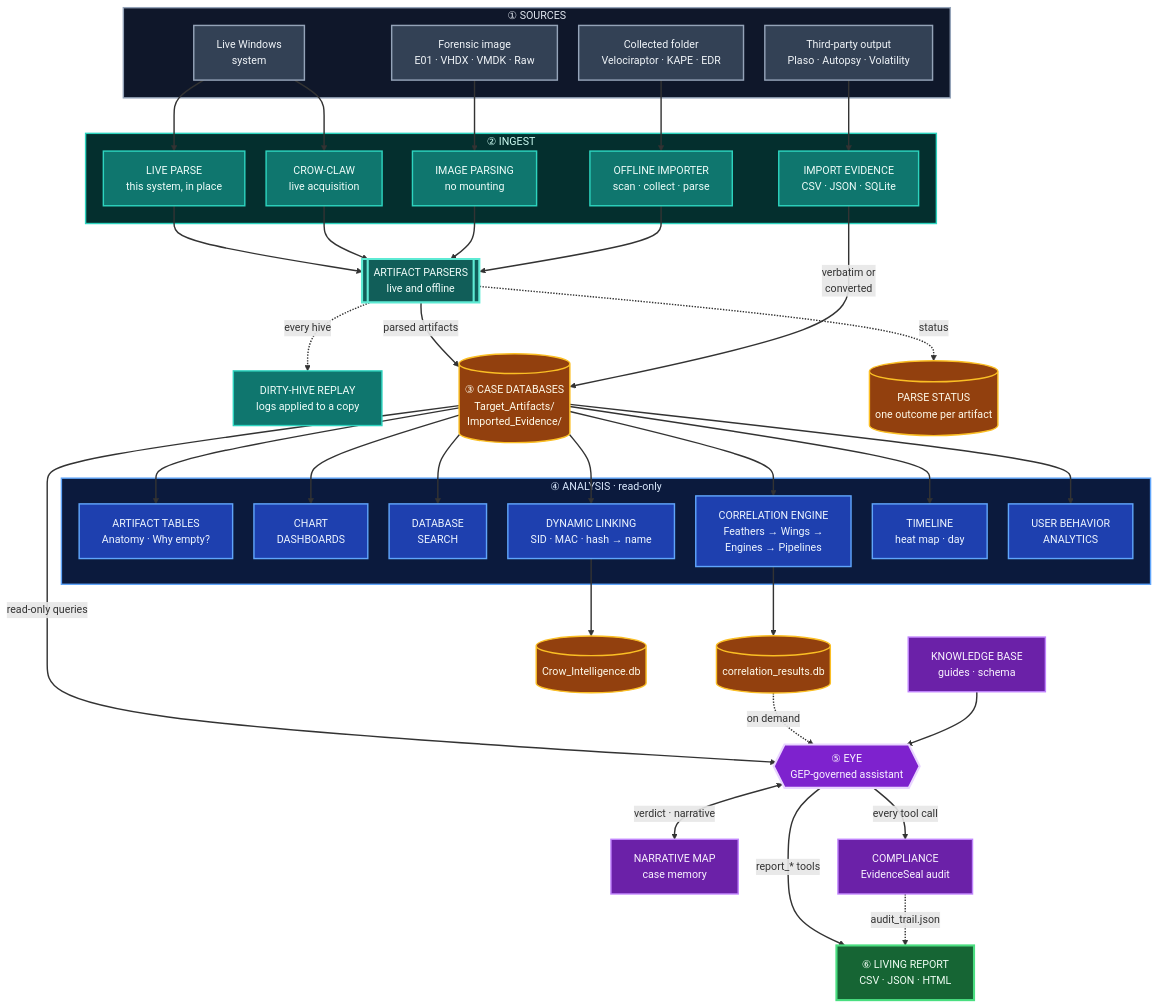
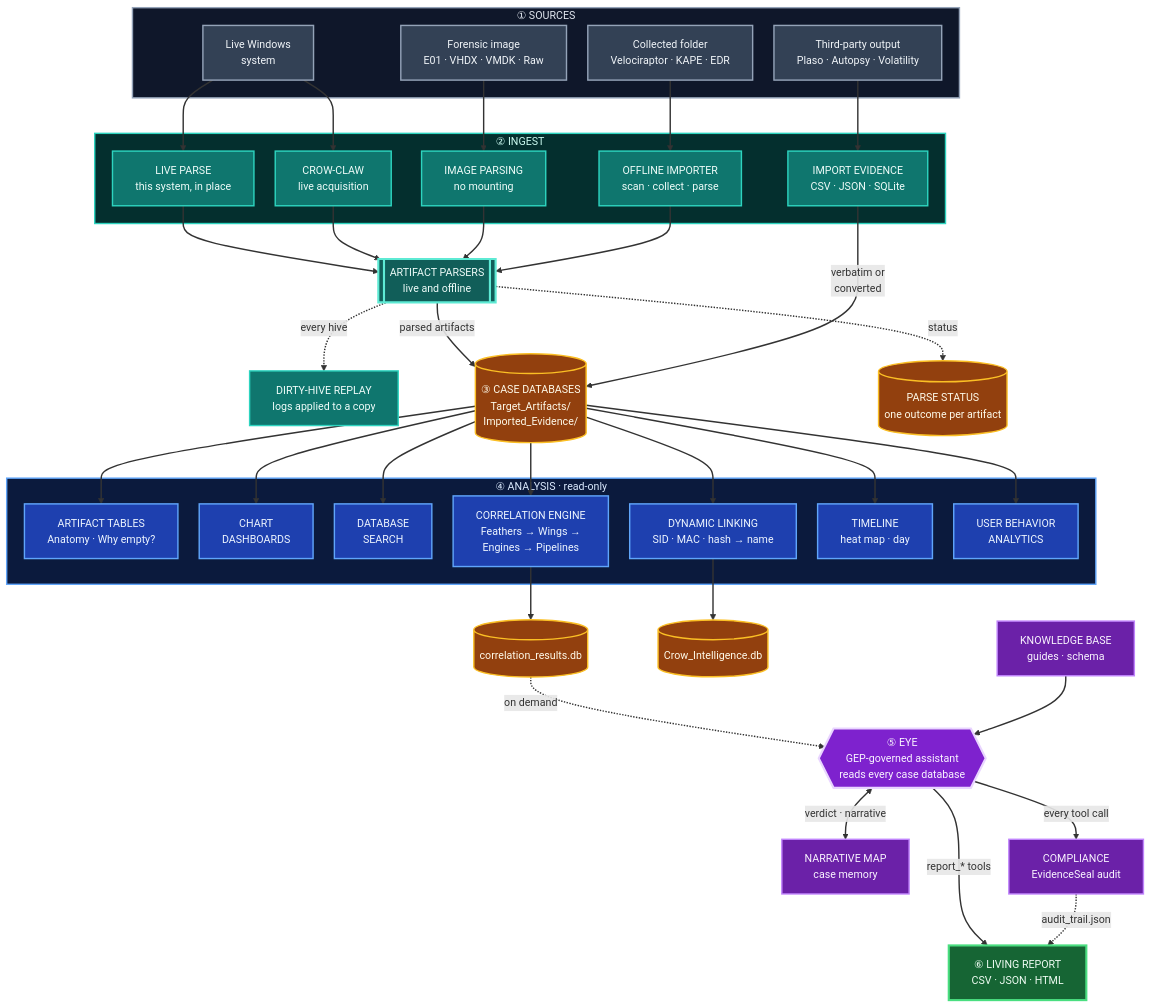
One commit to Ghassan-elsman/Crow-Eye changed the first of 5 diagrams in README.md. Above: the diagram before and after it, drawn with Mermaid. The commit also changed other lines of this file, not shown here.

First line of the commit message:
README: centre the architecture chart under GitHub's Mermaid renderer

```diff
--- a/README.md
+++ b/README.md
@@ -139,7 +139,7 @@
     RES[("correlation_results.db")]
     INTEL[("Crow_Intelligence.db")]
 
-    EYE{{"⑤ EYE<br/>GEP-governed assistant"}}
+    EYE{{"⑤ EYE<br/>GEP-governed assistant<br/>reads every case database"}}
     KB["KNOWLEDGE BASE<br/>guides · schema"]
     NM["NARRATIVE MAP<br/>case memory"]
     COMP["COMPLIANCE<br/>EvidenceSeal audit"]
@@ -161,7 +161,6 @@
     CE --> RES
     DL --> INTEL
 
-    CASE == "read-only queries" ===> EYE
     RES -. "on demand" .-> EYE
     KB --> EYE
     EYE <== "verdict · narrative" ==> NM
```
